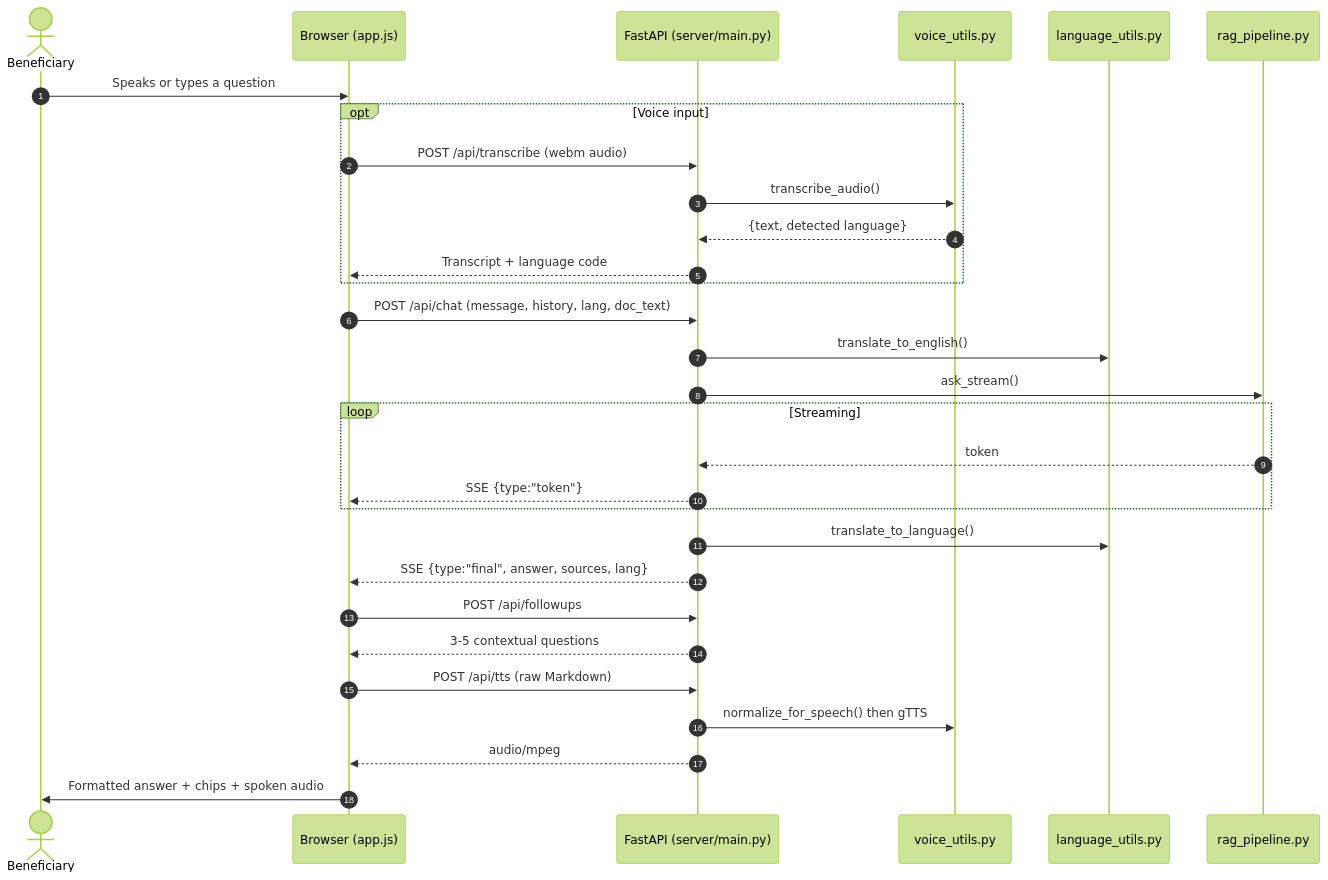
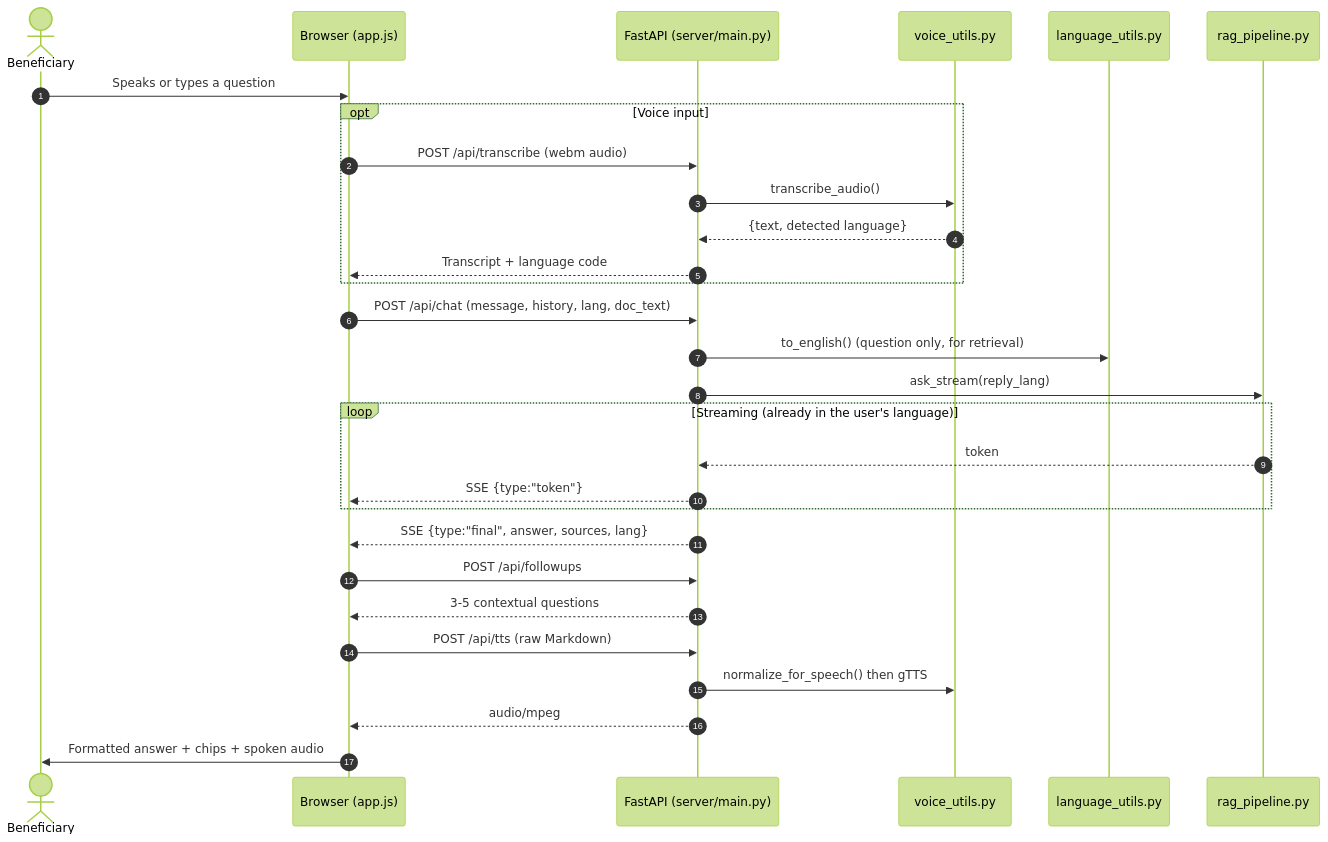
One commit to deeptiprasadd/disability-schemes-chatbot changed the diagram in docs/frontend_ui.md. Above: the diagram before and after it, drawn with Mermaid (forest theme). The commit also changed other lines of this file and 78 other files, not shown here.

````diff
--- a/docs/frontend_ui.md
+++ b/docs/frontend_ui.md
@@ -15,33 +15,32 @@
 ```mermaid
 sequenceDiagram
     autonumber
     actor User as Beneficiary
     participant UI as Browser (app.js)
     participant API as FastAPI (server/main.py)
     participant Voice as voice_utils.py
     participant Trans as language_utils.py
     participant RAG as rag_pipeline.py
 
     User->>UI: Speaks or types a question
     opt Voice input
         UI->>API: POST /api/transcribe (webm audio)
         API->>Voice: transcribe_audio()
         Voice-->>API: {text, detected language}
         API-->>UI: Transcript + language code
     end
     UI->>API: POST /api/chat (message, history, lang, doc_text)
-    API->>Trans: translate_to_english()
-    API->>RAG: ask_stream()
-    loop Streaming
+    API->>Trans: to_english() (question only, for retrieval)
+    API->>RAG: ask_stream(reply_lang)
+    loop Streaming (already in the user's language)
         RAG-->>API: token
         API-->>UI: SSE {type:"token"}
     end
-    API->>Trans: translate_to_language()
     API-->>UI: SSE {type:"final", answer, sources, lang}
     UI->>API: POST /api/followups
     API-->>UI: 3-5 contextual questions
     UI->>API: POST /api/tts (raw Markdown)
     API->>Voice: normalize_for_speech() then gTTS
     API-->>UI: audio/mpeg
     UI->>User: Formatted answer + chips + spoken audio
 ```
````
